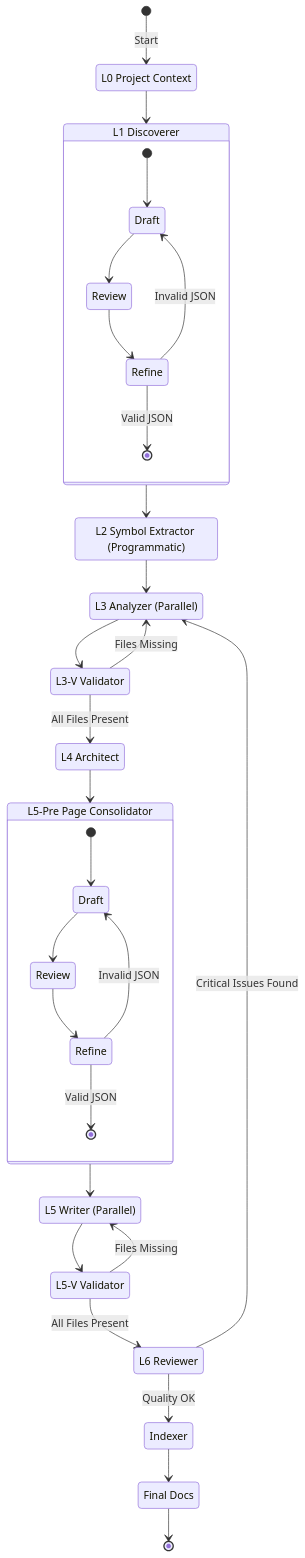
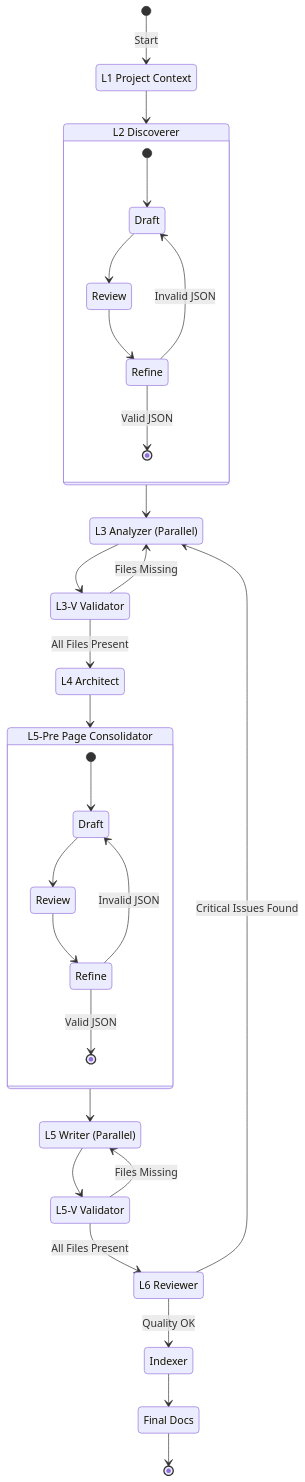
One commit to ifapmzadu6/vscode-copilot-deepwiki-extention changed the diagram in README.md. Above: the diagram before and after it, drawn with Mermaid. The commit also changed other lines of this file and 3 other files, not shown here.

````diff
--- a/README.md
+++ b/README.md
@@ -22,58 +22,56 @@
 ```mermaid
 stateDiagram-v2
-    [*] --> L0: Start
+    [*] --> L1: Start
 
-    L0: L0 Project Context
-    L1: L1 Discoverer
-    L2: L2 Symbol Extractor (Programmatic)
+    L1: L1 Project Context
+    L2: L2 Discoverer
     L3: L3 Analyzer (Parallel)
     L3V: L3-V Validator
     L4: L4 Architect
     L5Pre: L5-Pre Page Consolidator
     L5: L5 Writer (Parallel)
     L5V: L5-V Validator
     L6: L6 Reviewer
     Indexer: Indexer
     Done: Final Docs
 
-    L0 --> L1
+    L1 --> L2
     
-    state L1 {
+    state L2 {
         [*] --> Draft
         Draft --> Review
         Review --> Refine
         Refine --> [*]: Valid JSON
         Refine --> Draft: Invalid JSON
     }
     
-    L1 --> L2
     L2 --> L3
     
     L3 --> L3V
     L3V --> L3: Files Missing
     L3V --> L4: All Files Present
     
     L4 --> L5Pre
     
     state L5Pre {
         [*] --> Draft5
         Draft5: Draft
         Review5: Review
         Refine5: Refine
         Draft5 --> Review5
         Review5 --> Refine5
         Refine5 --> [*]: Valid JSON
         Refine5 --> Draft5: Invalid JSON
     }
     
     L5Pre --> L5
     L5 --> L5V
     L5V --> L5: Files Missing
     L5V --> L6: All Files Present
     
     L6 --> L3: Critical Issues Found
     L6 --> Indexer: Quality OK
     
     Indexer --> Done
     Done --> [*]
 ```
````
